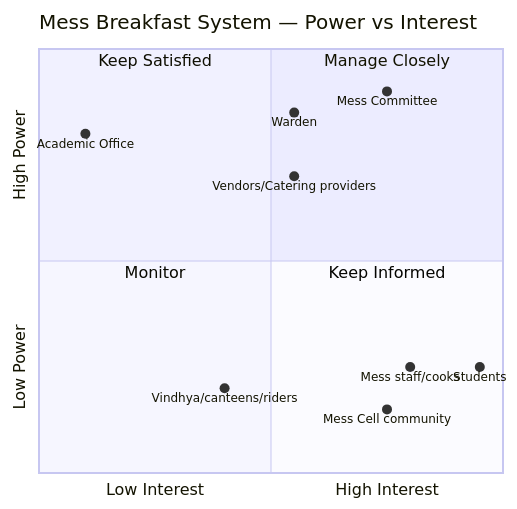
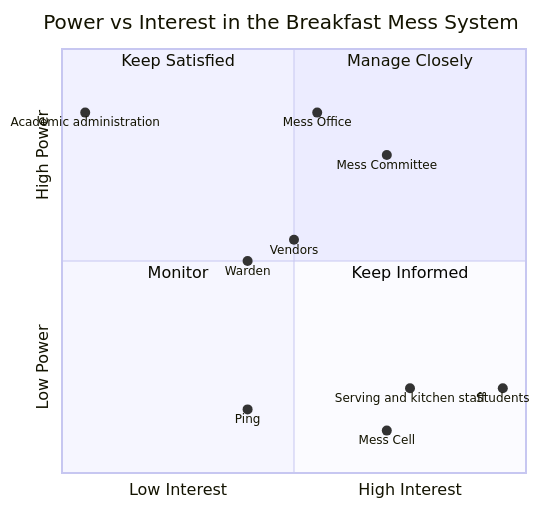
The second of 3 diagrams in deliverables/phase-1/prathyusha_03-power-interest-leverage-map.md (sricharanperi/breakfast-paradox-systems-thinking), drawn with Mermaid before and after one commit. The commit also changed other lines of this file and 2 other files, not shown here.

First line of the commit message:
Complete Activity 3: Power-Interest/Leverage Map and Power Analysis Brief

````diff
--- a/deliverables/phase-1/prathyusha_03-power-interest-leverage-map.md
+++ b/deliverables/phase-1/prathyusha_03-power-interest-leverage-map.md
@@ -27,18 +322,19 @@
 ```mermaid
 quadrantChart
-    title Mess Breakfast System — Power vs Interest
+    title Power vs Interest in the Breakfast Mess System
     x-axis Low Interest --> High Interest
     y-axis Low Power --> High Power
     quadrant-1 Manage Closely
     quadrant-2 Keep Satisfied
     quadrant-3 Monitor
     quadrant-4 Keep Informed
-    Mess Committee: [0.75, 0.9]
-    Warden: [0.55, 0.85]
-    Vendors/Catering providers: [0.55, 0.7]
-    Academic Office: [0.1, 0.8]
-    Students: [0.95, 0.25]
-    Mess staff/cooks: [0.8, 0.25]
-    Mess Cell community: [0.75, 0.15]
-    Vindhya/canteens/riders: [0.4, 0.2]
+    Mess Committee: [0.7, 0.75]
+    Mess Office: [0.55, 0.85]
+    Warden: [0.4, 0.5]
+    Academic administration: [0.05, 0.85]
+    Vendors: [0.5, 0.55]
+    Students: [0.95, 0.2]
+    Serving and kitchen staff: [0.75, 0.2]
+    Mess Cell: [0.7, 0.1]
+    Ping: [0.4, 0.15]
 ```
````
